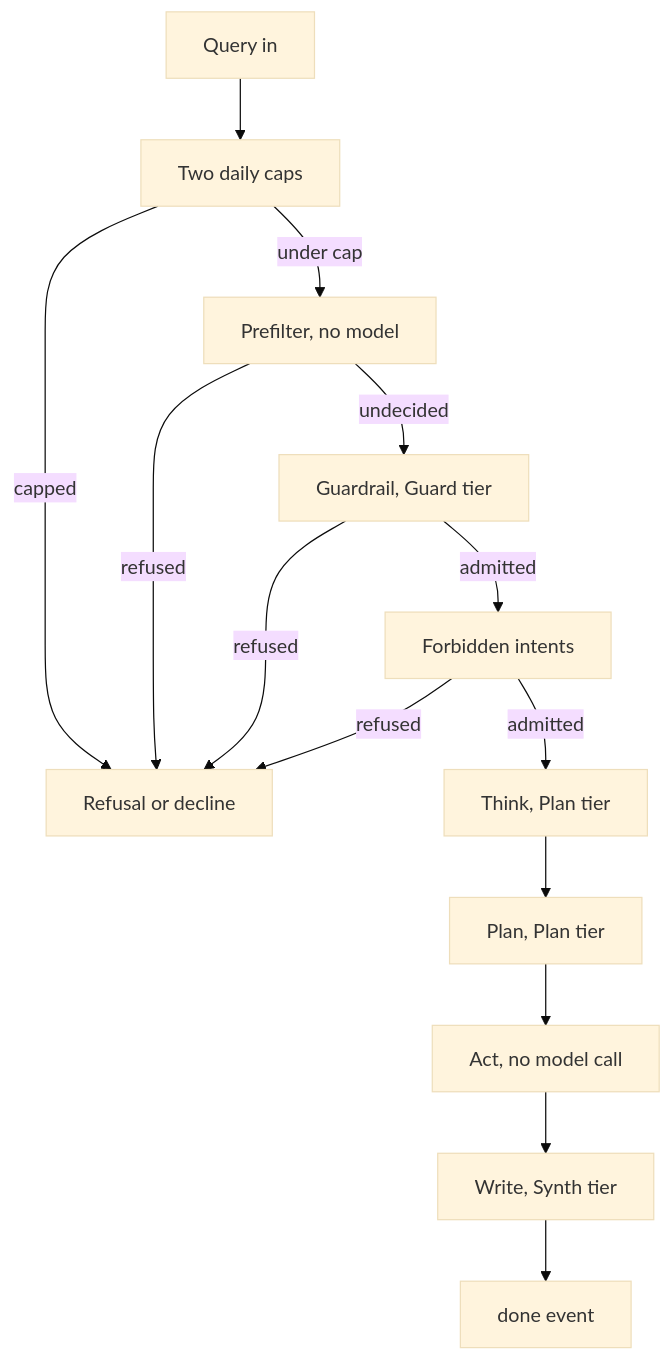
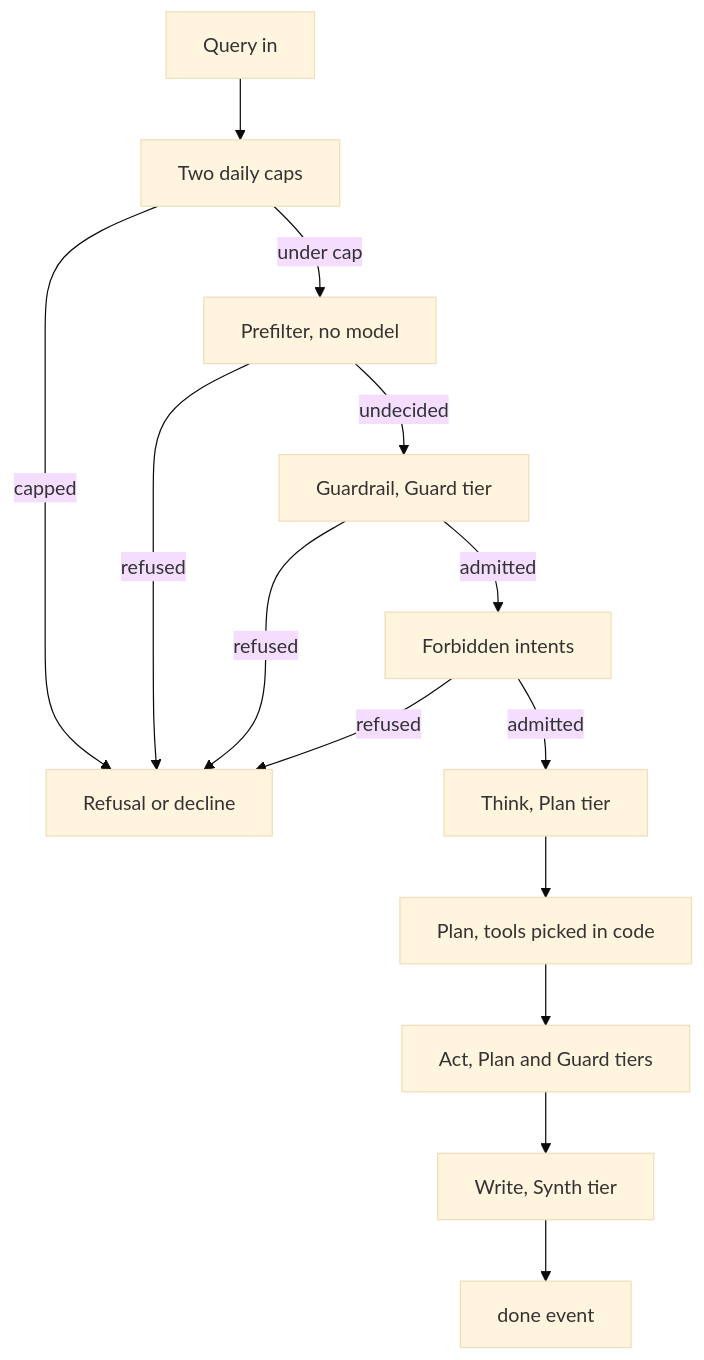
The second of 6 diagrams in visualizations/Architecture_diagram.md (monideep2255/agentic-search-ui), drawn with Mermaid (base theme) before and after one commit. The commit also changed other lines of this file and 1 other file, not shown here.

First line of the commit message:
docs: the architecture diagram and the deep dive match the loop's model calls and the 30 s graph budget

````diff
--- a/visualizations/Architecture_diagram.md
+++ b/visualizations/Architecture_diagram.md
@@ -74,28 +75,28 @@
 ```mermaid
 flowchart TD
     Q["Query in"]
     Caps["Two daily caps"]
     Pre["Prefilter, no model"]
     GC["Guardrail, Guard tier"]
     Forb["Forbidden intents"]
     TH["Think, Plan tier"]
-    PL["Plan, Plan tier"]
-    AC["Act, no model call"]
+    PL["Plan, tools picked in code"]
+    AC["Act, Plan and Guard tiers"]
     WR["Write, Synth tier"]
     Refuse["Refusal or decline"]
     Done["done event"]
 
     Q --> Caps
     Caps -->|capped| Refuse
     Caps -->|under cap| Pre
     Pre -->|refused| Refuse
     Pre -->|undecided| GC
     GC -->|refused| Refuse
     GC -->|admitted| Forb
     Forb -->|refused| Refuse
     Forb -->|admitted| TH
     TH --> PL
     PL --> AC
     AC --> WR
     WR --> Done
 ```
````
